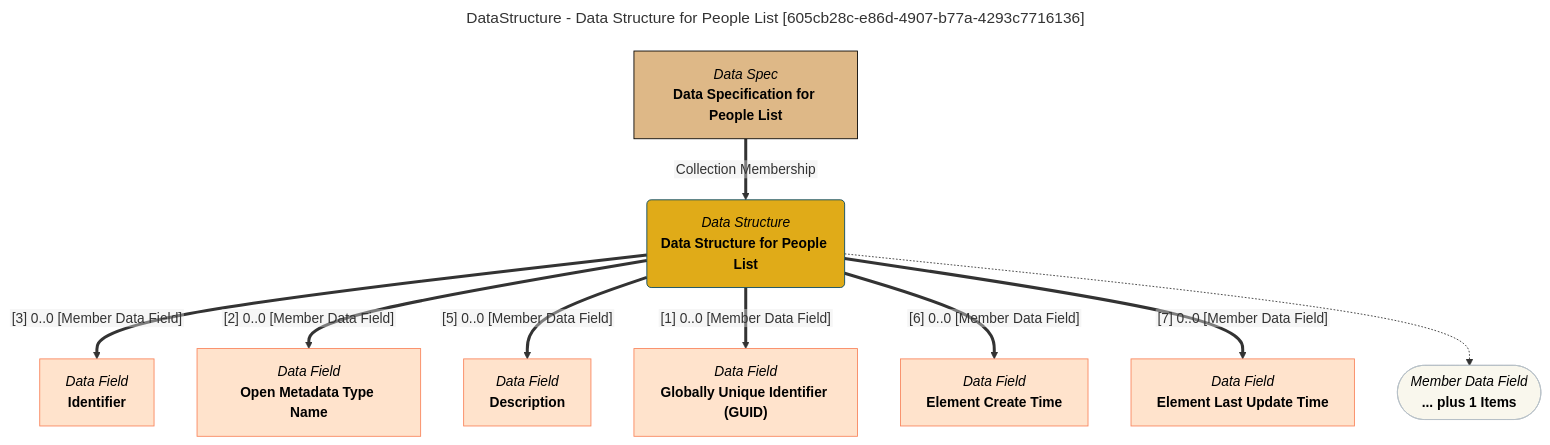
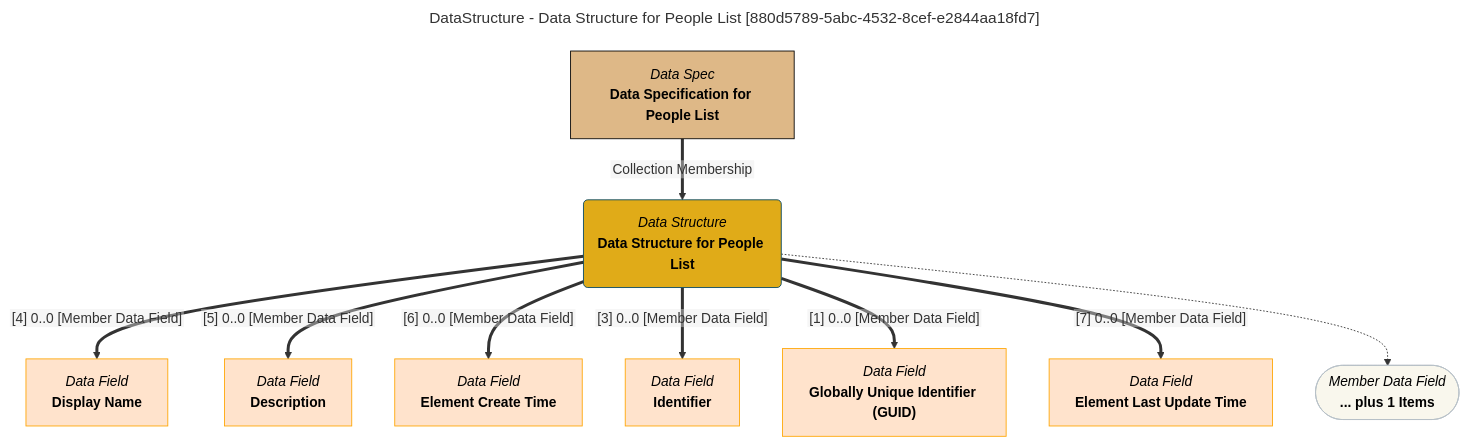
Before and after one commit to odpi/egeria-docs: the diagram in site/snippets/data-structures/data-structure-for-people-list-mermaid-graph.md, drawn with Mermaid. The commit also changed 2201 other files, not shown here.

````diff
--- a/site/snippets/data-structures/data-structure-for-people-list-mermaid-graph.md
+++ b/site/snippets/data-structures/data-structure-for-people-list-mermaid-graph.md
@@ -1,43 +1,43 @@
 ```mermaid
 ---
-title: DataStructure - Data Structure for People List [605cb28c-e86d-4907-b77a-4293c7716136]
+title: DataStructure - Data Structure for People List [880d5789-5abc-4532-8cef-e2844aa18fd7]
 ---
 flowchart TD
 %%{init: {"flowchart": {"htmlLabels": false}} }%%
 
 1@{ shape: rounded, label: "*Data Structure*
 **Data Structure for People List**"}
 2@{ shape: rect, label: "*Data Spec*
 **Data Specification for People List**"}
 2==>|"Collection Membership"|1
 3@{ shape: rect, label: "*Data Field*
+**Display Name**"}
+1==>|"[4] 0..0 [Member Data Field]"|3
+4@{ shape: rect, label: "*Data Field*
+**Description**"}
+1==>|"[5] 0..0 [Member Data Field]"|4
+5@{ shape: rect, label: "*Data Field*
+**Element Create Time**"}
+1==>|"[6] 0..0 [Member Data Field]"|5
+6@{ shape: rect, label: "*Data Field*
 **Identifier**"}
-1==>|"[3] 0..0 [Member Data Field]"|3
-4@{ shape: rect, label: "*Data Field*
-**Open Metadata Type Name**"}
-1==>|"[2] 0..0 [Member Data Field]"|4
-5@{ shape: rect, label: "*Data Field*
-**Description**"}
-1==>|"[5] 0..0 [Member Data Field]"|5
-6@{ shape: rect, label: "*Data Field*
+1==>|"[3] 0..0 [Member Data Field]"|6
+7@{ shape: rect, label: "*Data Field*
 **Globally Unique Identifier (GUID)**"}
-1==>|"[1] 0..0 [Member Data Field]"|6
-7@{ shape: rect, label: "*Data Field*
-**Element Create Time**"}
-1==>|"[6] 0..0 [Member Data Field]"|7
+1==>|"[1] 0..0 [Member Data Field]"|7
 8@{ shape: rect, label: "*Data Field*
 **Element Last Update Time**"}
 1==>|"[7] 0..0 [Member Data Field]"|8
 9@{ shape: stadium, label: "*Member Data Field*
 **... plus 1 Items**"}
 1-.->9
 style 1 color:#000000, fill:#e0ab18, stroke:#004563
-style 2 color:#000000, fill:#deb887, stroke:#000000
-style 3 color:#000000, fill:#ffe3cc, stroke:#f9845b
-style 4 color:#000000, fill:#ffe3cc, stroke:#f9845b
-style 5 color:#000000, fill:#ffe3cc, stroke:#f9845b
-style 6 color:#000000, fill:#ffe3cc, stroke:#f9845b
-style 7 color:#000000, fill:#ffe3cc, stroke:#f9845b
-style 8 color:#000000, fill:#ffe3cc, stroke:#f9845b
+style 2 color:#000000, fill:#DEB887, stroke:#000000
+style 3 color:#000000, fill:#ffe3cc, stroke:#FFA500
+style 4 color:#000000, fill:#ffe3cc, stroke:#FFA500
+style 5 color:#000000, fill:#ffe3cc, stroke:#FFA500
+style 6 color:#000000, fill:#ffe3cc, stroke:#FFA500
+style 7 color:#000000, fill:#ffe3cc, stroke:#FFA500
+style 8 color:#000000, fill:#ffe3cc, stroke:#FFA500
 style 9 color:#000000, fill:#F9F7ED, stroke:#b7c0c7
 ```
````
